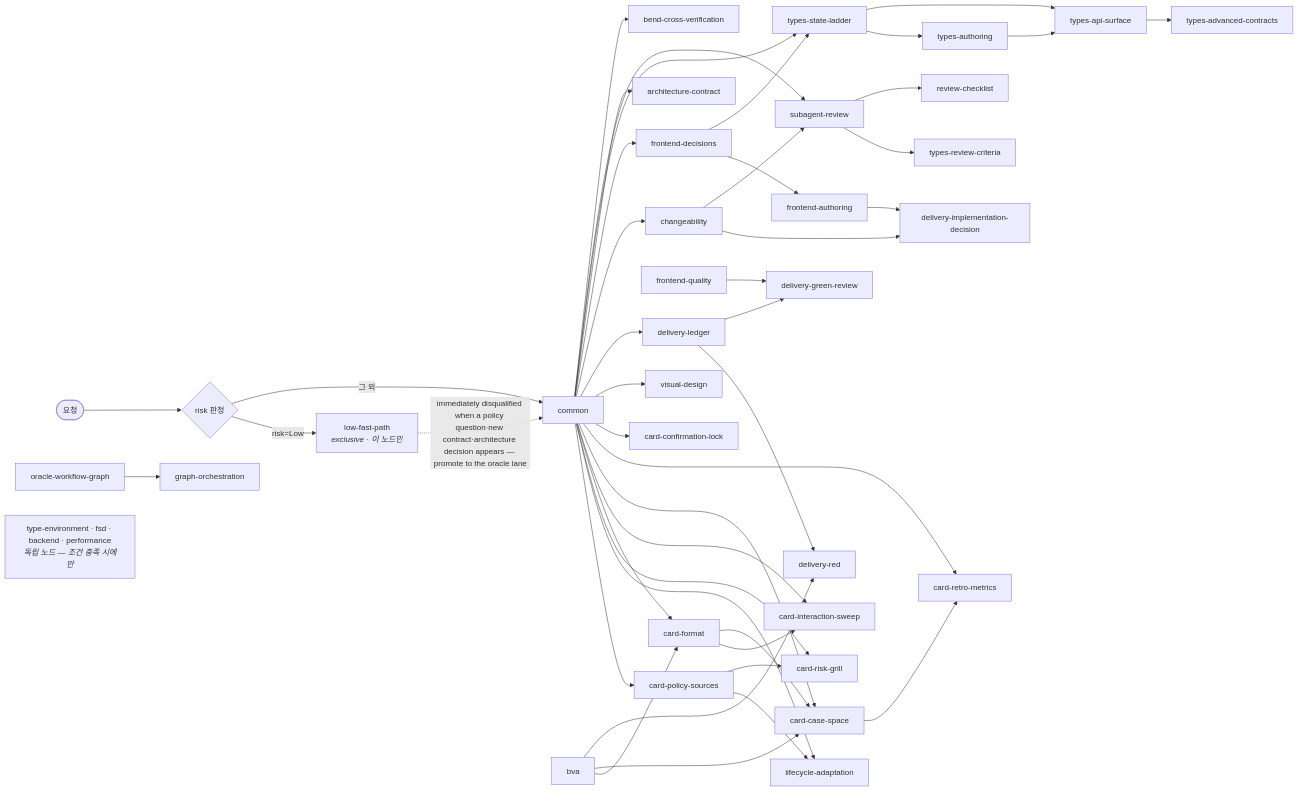
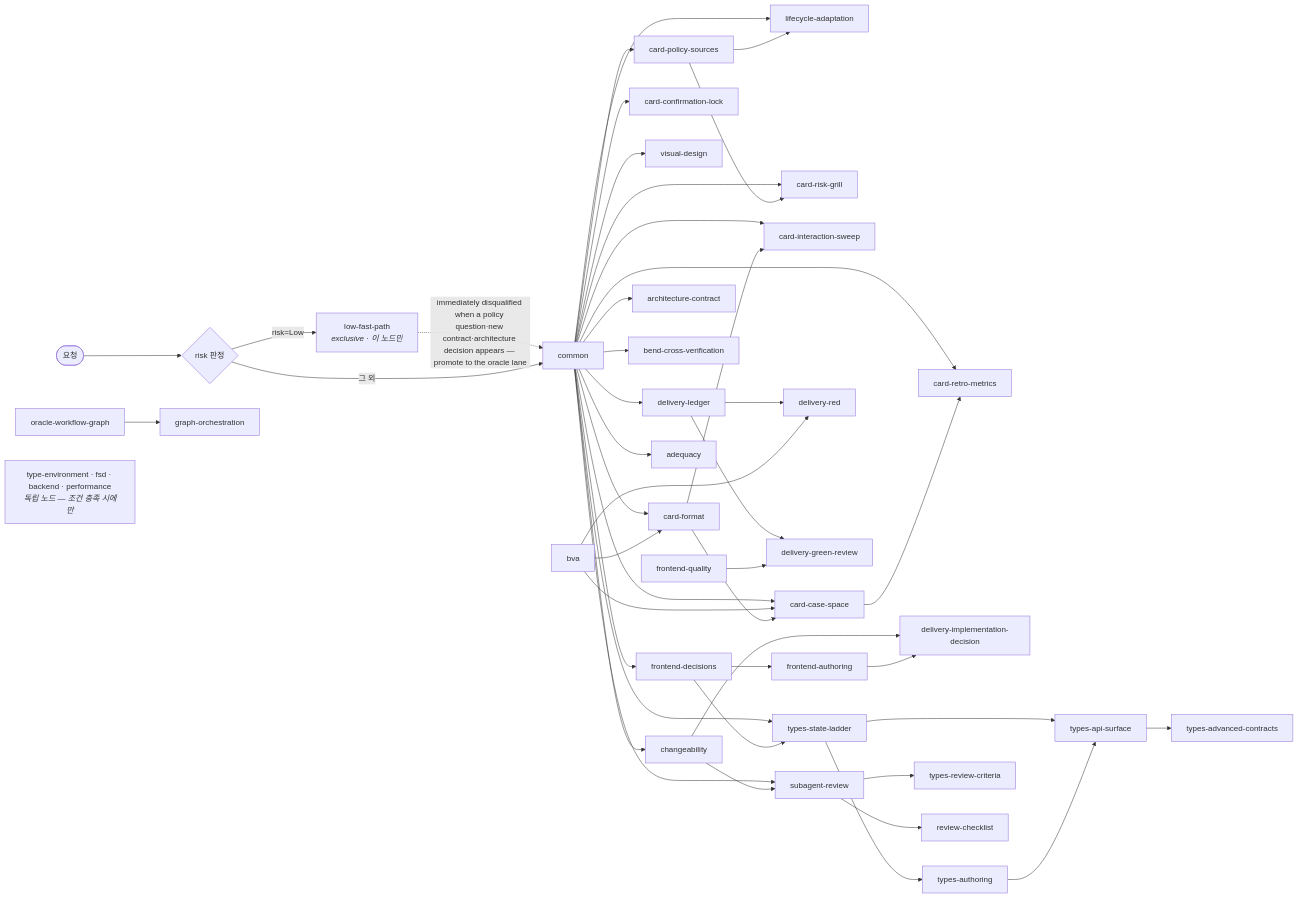
One commit to lodado/shareds changed the second of 2 diagrams in packages/frontend-oracle-design/skills/README.md. Above: the diagram before and after it, drawn with Mermaid. The commit also changed 22 other files, not shown here.

````diff
--- a/packages/frontend-oracle-design/skills/README.md
+++ b/packages/frontend-oracle-design/skills/README.md
@@ -144,76 +144,77 @@
 ```mermaid
 flowchart LR
   START(["요청"]) --> RISK{"risk 판정"}
   RISK -->|"risk=Low"| low_fast_path["low-fast-path<br/><i>exclusive · 이 노드만</i>"]
   low_fast_path -.->|"immediately disqualified when a policy question·new contract·architecture decision appears — promote to the oracle lane"| common
   RISK -->|"그 외"| common["common"]
 
   card_policy_sources["card-policy-sources"]
   lifecycle_adaptation["lifecycle-adaptation"]
   card_risk_grill["card-risk-grill"]
   card_format["card-format"]
   card_interaction_sweep["card-interaction-sweep"]
   card_case_space["card-case-space"]
   card_retro_metrics["card-retro-metrics"]
   card_confirmation_lock["card-confirmation-lock"]
   visual_design["visual-design"]
   delivery_ledger["delivery-ledger"]
   delivery_red["delivery-red"]
   delivery_implementation_decision["delivery-implementation-decision"]
   delivery_green_review["delivery-green-review"]
   frontend_decisions["frontend-decisions"]
   frontend_authoring["frontend-authoring"]
   frontend_quality["frontend-quality"]
   architecture_contract["architecture-contract"]
   types_state_ladder["types-state-ladder"]
   types_authoring["types-authoring"]
   types_api_surface["types-api-surface"]
   types_advanced_contracts["types-advanced-contracts"]
   types_review_criteria["types-review-criteria"]
   subagent_review["subagent-review"]
   review_checklist["review-checklist"]
   graph_orchestration["graph-orchestration"]
   bend_cross_verification["bend-cross-verification"]
   oracle_workflow_graph["oracle-workflow-graph"]
 
   common --> card_policy_sources
   common --> lifecycle_adaptation
   card_policy_sources --> lifecycle_adaptation
   common --> card_risk_grill
   card_policy_sources --> card_risk_grill
   common --> card_format
   bva --> card_format
   common --> card_interaction_sweep
   card_format --> card_interaction_sweep
   common --> card_case_space
   bva --> card_case_space
   card_format --> card_case_space
   common --> card_retro_metrics
   card_case_space --> card_retro_metrics
   common --> card_confirmation_lock
   common --> visual_design
   common --> delivery_ledger
   delivery_ledger --> delivery_red
   bva --> delivery_red
   changeability --> delivery_implementation_decision
   frontend_authoring --> delivery_implementation_decision
   delivery_ledger --> delivery_green_review
   frontend_quality --> delivery_green_review
   common --> changeability
   common --> frontend_decisions
   frontend_decisions --> frontend_authoring
   common --> architecture_contract
   common --> types_state_ladder
   frontend_decisions --> types_state_ladder
   types_state_ladder --> types_authoring
   types_state_ladder --> types_api_surface
   types_authoring --> types_api_surface
   types_api_surface --> types_advanced_contracts
   subagent_review --> types_review_criteria
   common --> subagent_review
   changeability --> subagent_review
   subagent_review --> review_checklist
   oracle_workflow_graph --> graph_orchestration
   common --> bend_cross_verification
+  common --> adequacy
   IND["type-environment · fsd · backend · performance<br/><i>독립 노드 — 조건 충족 시에만</i>"]
 ```
````
